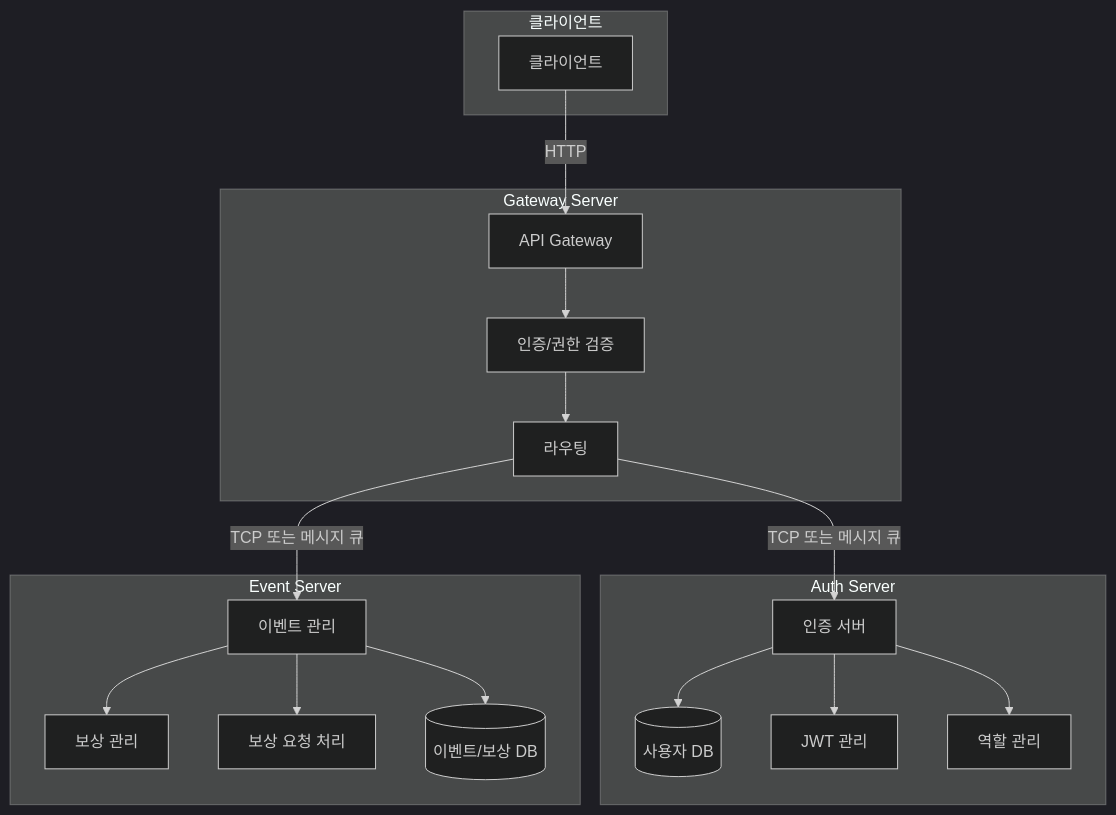
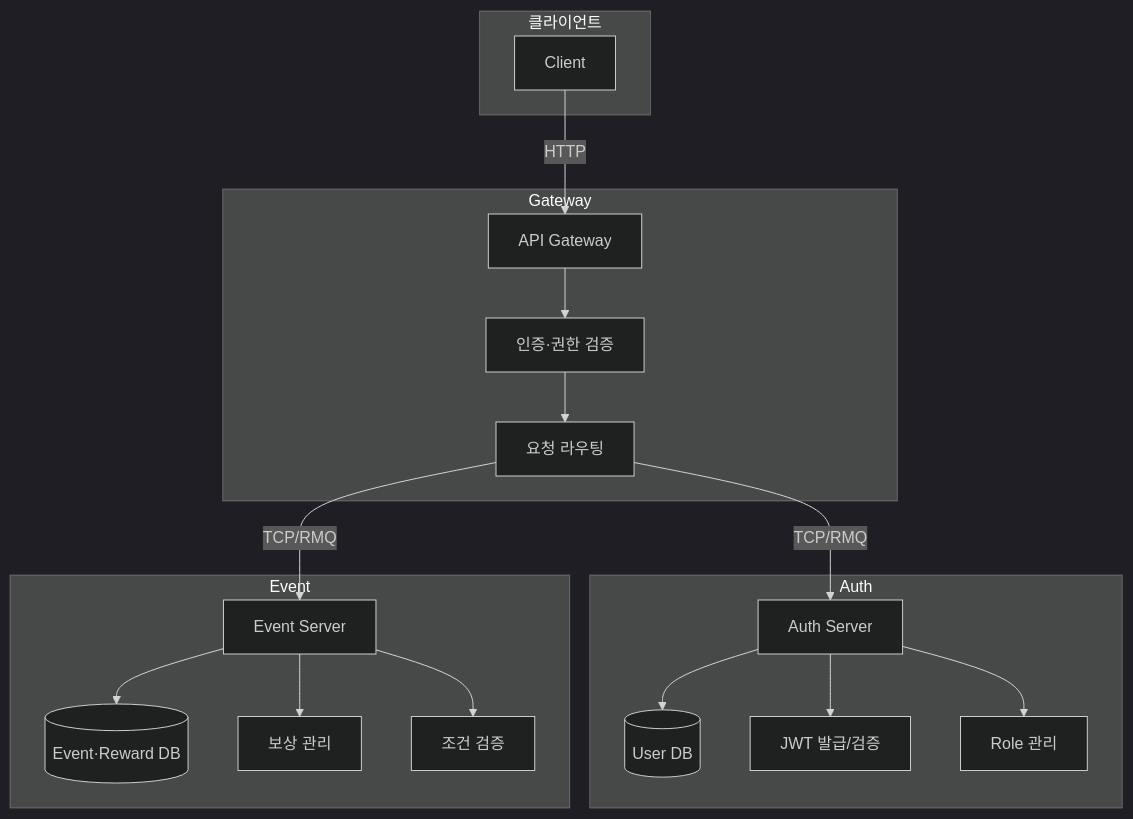
One commit to DongHoonYu96/event-reward-platform changed the diagram in README.md. Above: the diagram before and after it, drawn with Mermaid (dark theme). The commit also changed other lines of this file and 1 other file, not shown here.

````diff
--- a/README.md
+++ b/README.md
@@ -13,44 +45,37 @@
 ```mermaid
 flowchart TB
-    subgraph "클라이언트"
-        Client[클라이언트]
-    end
+  subgraph 클라이언트
+    Client[Client]
+  end
 
-    subgraph "Gateway Server"
-        GW[API Gateway]
-        GAUTH[인증/권한 검증]
-        GROUTE[라우팅]
-    end
+  subgraph Gateway
+    GW[API Gateway]
+    AuthGuard[인증·권한 검증]
+    Router[요청 라우팅]
+  end
 
-    subgraph "Auth Server"
-        AUTH[인증 서버]
-        USER_DB[(사용자 DB)]
-        JWT[JWT 관리]
-        ROLE[역할 관리]
-    end
+  subgraph Auth
+    AUTH[Auth Server]
+    DB_User[(User DB)]
+    JWT_Manager[JWT 발급/검증]
+    Role_Manager[Role 관리]
+  end
 
-    subgraph "Event Server"
-        EVENT[이벤트 관리]
-        REWARD[보상 관리]
-        REQ[보상 요청 처리]
-        EVENT_DB[(이벤트/보상 DB)]
-    end
+  subgraph Event
+    EVT[Event Server]
+    DB_Event[(Event·Reward DB)]
+    Reward_Module[보상 관리]
+    Condition_Check[조건 검증]
+  end
 
-    Client -- "HTTP" --> GW
-    GW --> GAUTH
-    GAUTH --> GROUTE
-
-    AUTH --> USER_DB
-    AUTH --> JWT
-    AUTH --> ROLE
-
-    EVENT --> EVENT_DB
-    EVENT --> REWARD
-    EVENT --> REQ
-
-    %% 통신 방식
-    GROUTE -- "TCP 또는 메시지 큐" --> AUTH
-    GROUTE -- "TCP 또는 메시지 큐" --> EVENT
-
-    
+  Client -->|HTTP| GW
+  GW --> AuthGuard --> Router
+  Router -- TCP/RMQ --> AUTH
+  Router -- TCP/RMQ --> EVT
+  AUTH --> DB_User
+  AUTH --> JWT_Manager
+  AUTH --> Role_Manager
+  EVT --> DB_Event
+  EVT --> Reward_Module
+  EVT --> Condition_Check
 ```
````
